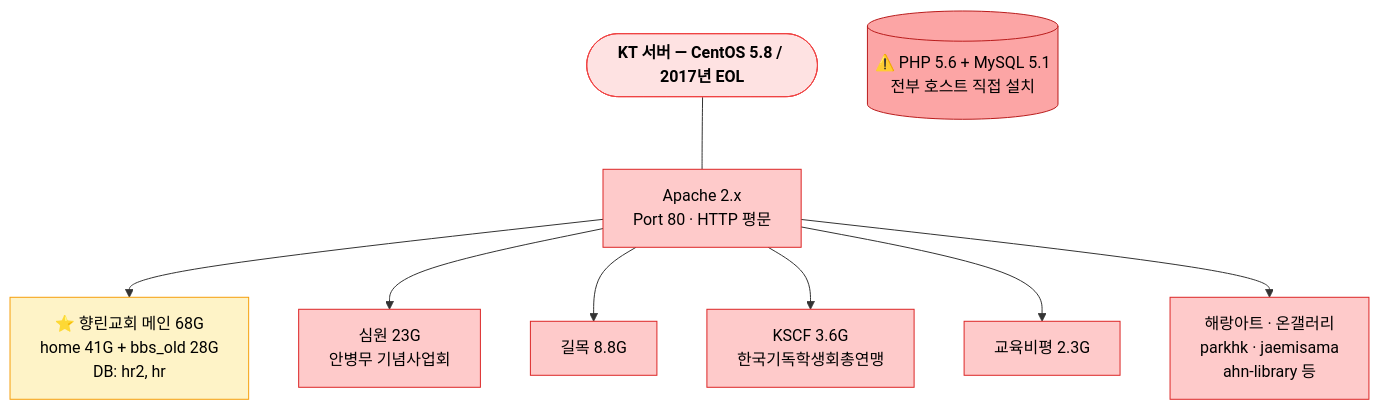
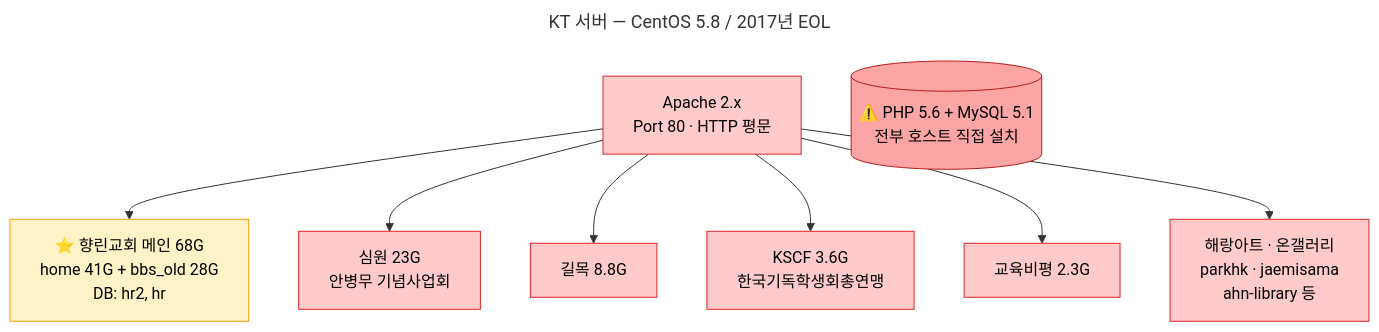
Before and after one commit to extralee/hyanglin-homepage-design: the first of 4 diagrams in docs/legacy-vs-modern-architecture.md, drawn with Mermaid. The commit also changed other lines of this file, not shown here.

First line of the commit message:
docs: 아키텍처 다이어그램 제목 표시 방식 개선 (YAML Frontmatter 적용)

````diff
--- a/docs/legacy-vs-modern-architecture.md
+++ b/docs/legacy-vs-modern-architecture.md
@@ -28,24 +28,22 @@
 ```mermaid
+---
+title: KT 서버 — CentOS 5.8 / 2017년 EOL
+---
 flowchart TD
-  title_kt(["KT 서버 — CentOS 5.8 / 2017년 EOL"])
-  title_kt --- apache
-
   apache["Apache 2.x<br>Port 80 · HTTP 평문"]
   apache --> hr["⭐ 향린교회 메인 68G<br>home 41G + bbs_old 28G<br>DB: hr2, hr"]
   apache --> simwon["심원 23G<br>안병무 기념사업회"]
   apache --> gilmok["길목 8.8G"]
   apache --> kscf["KSCF 3.6G<br>한국기독학생회총연맹"]
   apache --> educrit["교육비평 2.3G"]
   apache --> others["해랑아트 · 온갤러리<br>parkhk · jaemisama<br>ahn-library 등"]
   runtime[("⚠️ PHP 5.6 + MySQL 5.1<br>전부 호스트 직접 설치")]
-
-  style title_kt fill:#fee2e2,stroke:#ef4444,color:#000,font-weight:bold
   style apache fill:#fecaca,stroke:#dc2626,color:#000
   style hr fill:#fef3c7,stroke:#f59e0b,color:#000
   style simwon fill:#fecaca,stroke:#dc2626,color:#000
   style gilmok fill:#fecaca,stroke:#dc2626,color:#000
   style kscf fill:#fecaca,stroke:#dc2626,color:#000
   style educrit fill:#fecaca,stroke:#dc2626,color:#000
   style others fill:#fecaca,stroke:#dc2626,color:#000
   style runtime fill:#fca5a5,stroke:#b91c1c,color:#000
 ```
````
